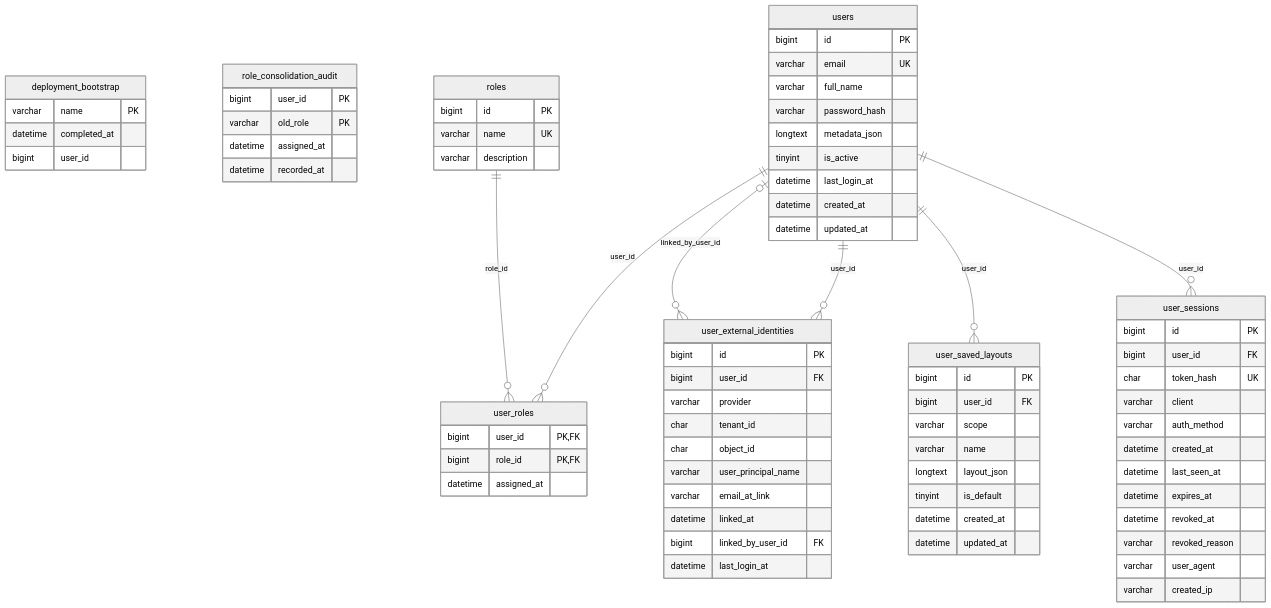
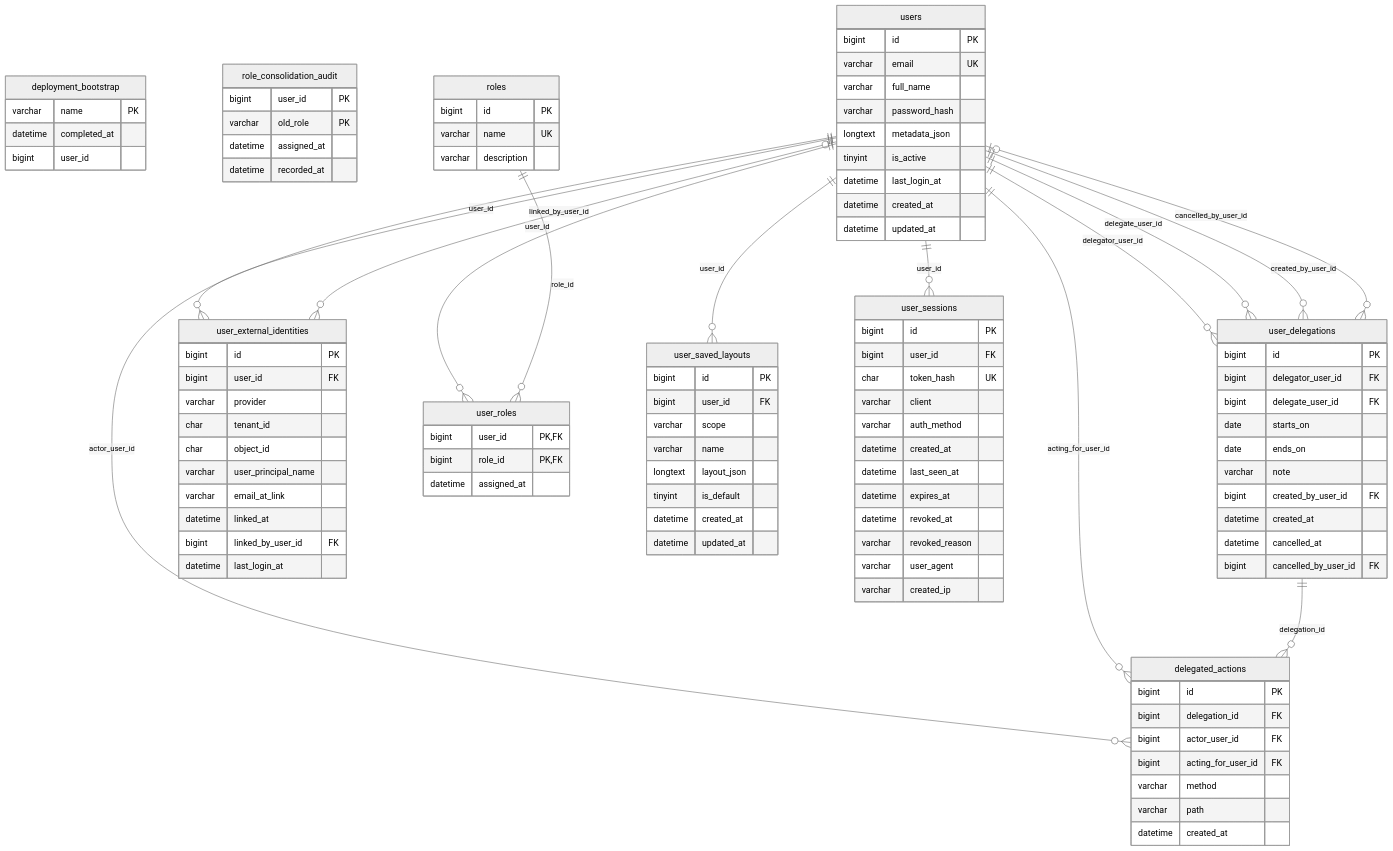
The second of 12 diagrams in docs/data/erd.md (Alexeitor292/ERIS_REACT_native), drawn with Mermaid (neutral theme) before and after one commit. The commit also changed 338 other files, not shown here.

````diff
--- a/docs/data/erd.md
+++ b/docs/data/erd.md
@@ -70,5 +67,14 @@
 ```mermaid
 erDiagram
+    delegated_actions {
+        bigint id PK
+        bigint delegation_id FK
+        bigint actor_user_id FK
+        bigint acting_for_user_id FK
+        varchar method
+        varchar path
+        datetime created_at
+    }
     deployment_bootstrap {
         varchar name PK
         datetime completed_at
@@ -84,6 +90,18 @@
         bigint id PK
         varchar name UK
         varchar description
+    }
+    user_delegations {
+        bigint id PK
+        bigint delegator_user_id FK
+        bigint delegate_user_id FK
+        date starts_on
+        date ends_on
+        varchar note
+        bigint created_by_user_id FK
+        datetime created_at
+        datetime cancelled_at
+        bigint cancelled_by_user_id FK
     }
     user_external_identities {
         bigint id PK
@@ -138,7 +156,14 @@
         datetime updated_at
     }
     roles ||--o{ user_roles : "role_id"
+    user_delegations ||--o{ delegated_actions : "delegation_id"
+    users |o--o{ user_delegations : "cancelled_by_user_id"
     users |o--o{ user_external_identities : "linked_by_user_id"
+    users ||--o{ delegated_actions : "acting_for_user_id"
+    users ||--o{ delegated_actions : "actor_user_id"
+    users ||--o{ user_delegations : "created_by_user_id"
+    users ||--o{ user_delegations : "delegate_user_id"
+    users ||--o{ user_delegations : "delegator_user_id"
     users ||--o{ user_external_identities : "user_id"
     users ||--o{ user_roles : "user_id"
     users ||--o{ user_saved_layouts : "user_id"
````
